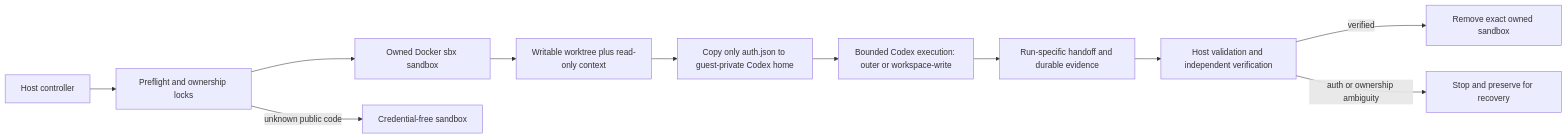
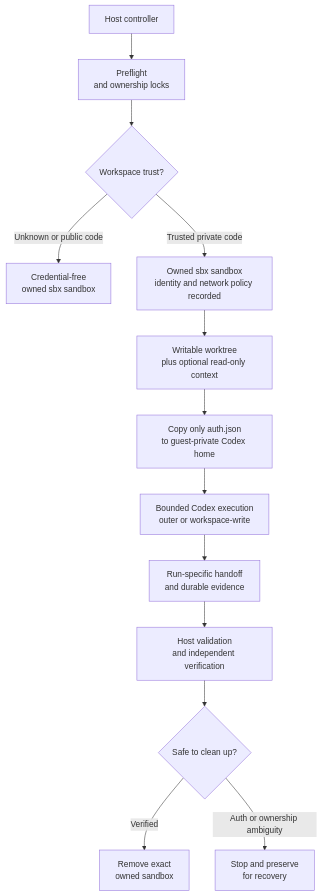
Before and after one commit to DavidNavalho/kafka-agent-skills: the diagram in README.md, drawn with Mermaid. The commit also changed other lines of this file and 1 other file, not shown here.

Commit message:
Add Build Week judge entry point

````diff
--- a/README.md
+++ b/README.md
@@ -110,13 +113,15 @@
 ```mermaid
-flowchart LR
-    A[Host controller] --> B[Preflight and ownership locks]
-    B --> C[Owned Docker sbx sandbox]
-    C --> D[Writable worktree plus read-only context]
-    D --> E[Copy only auth.json to guest-private Codex home]
-    E --> F[Bounded Codex execution: outer or workspace-write]
-    F --> G[Run-specific handoff and durable evidence]
-    G --> H[Host validation and independent verification]
-    H -->|verified| I[Remove exact owned sandbox]
-    H -->|auth or ownership ambiguity| J[Stop and preserve for recovery]
-    B -->|unknown public code| K[Credential-free sandbox]
+flowchart TD
+    A["Host controller"] --> B["Preflight<br/>and ownership locks"]
+    B --> C{"Workspace trust?"}
+    C -->|"Unknown or public code"| U["Credential-free<br/>owned sbx sandbox"]
+    C -->|"Trusted private code"| D["Owned sbx sandbox<br/>identity and network policy recorded"]
+    D --> E["Writable worktree<br/>plus optional read-only context"]
+    E --> F["Copy only auth.json<br/>to guest-private Codex home"]
+    F --> G["Bounded Codex execution<br/>outer or workspace-write"]
+    G --> H["Run-specific handoff<br/>and durable evidence"]
+    H --> I["Host validation<br/>and independent verification"]
+    I --> J{"Safe to clean up?"}
+    J -->|"Verified"| K["Remove exact<br/>owned sandbox"]
+    J -->|"Auth or ownership ambiguity"| L["Stop and preserve<br/>for recovery"]
 ```
````
